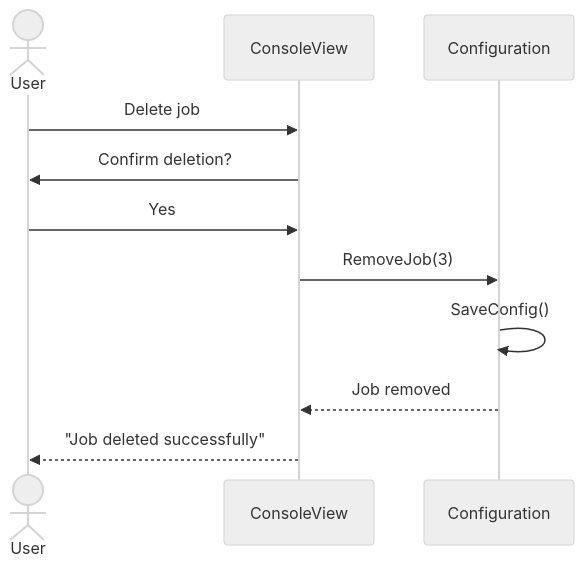
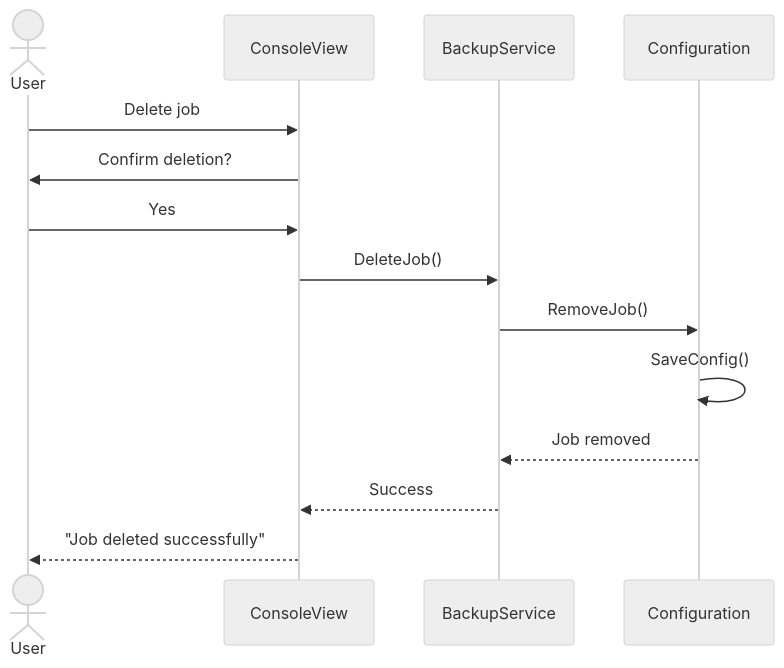
One commit to Groupe1-Prosoft/EasySave changed the fifth of 8 diagrams in Diagrams/UML.md. Above: the diagram before and after it, drawn with Mermaid (neutral theme). The commit also changed other lines of this file, not shown here.

First line of the commit message:
Refactor UML diagrams for EasySave 1.0

````diff
--- a/Diagrams/UML.md
+++ b/Diagrams/UML.md
@@ -261,16 +262,19 @@
 ```mermaid
-sequenceDiagram
+   sequenceDiagram
     actor User
     participant ConsoleView
+    participant BackupService
     participant Configuration
-    
-    User->>ConsoleView: Delete job #3
+
+    User->>ConsoleView: Delete job
     ConsoleView->>User: Confirm deletion?
     User->>ConsoleView: Yes
-    
-    ConsoleView->>Configuration: RemoveJob(3)
+
+    ConsoleView->>BackupService: DeleteJob()
+    BackupService->>Configuration: RemoveJob()
     Configuration->>Configuration: SaveConfig()
-    Configuration-->>ConsoleView: Job removed
-    
-    ConsoleView-->>User: "Job deleted successfully"
+    Configuration-->>BackupService: Job removed
+    BackupService-->>ConsoleView: Success
+
+    ConsoleView-->>User: "Job deleted successfully"  
 ```
````
